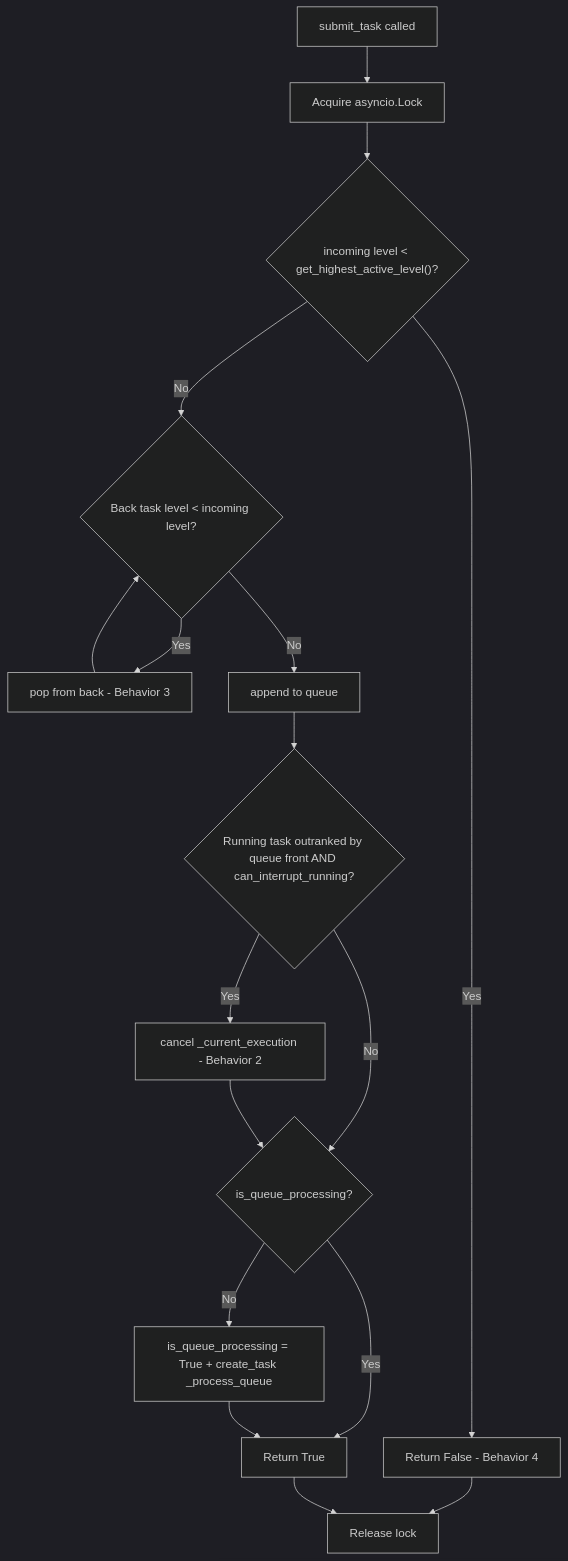
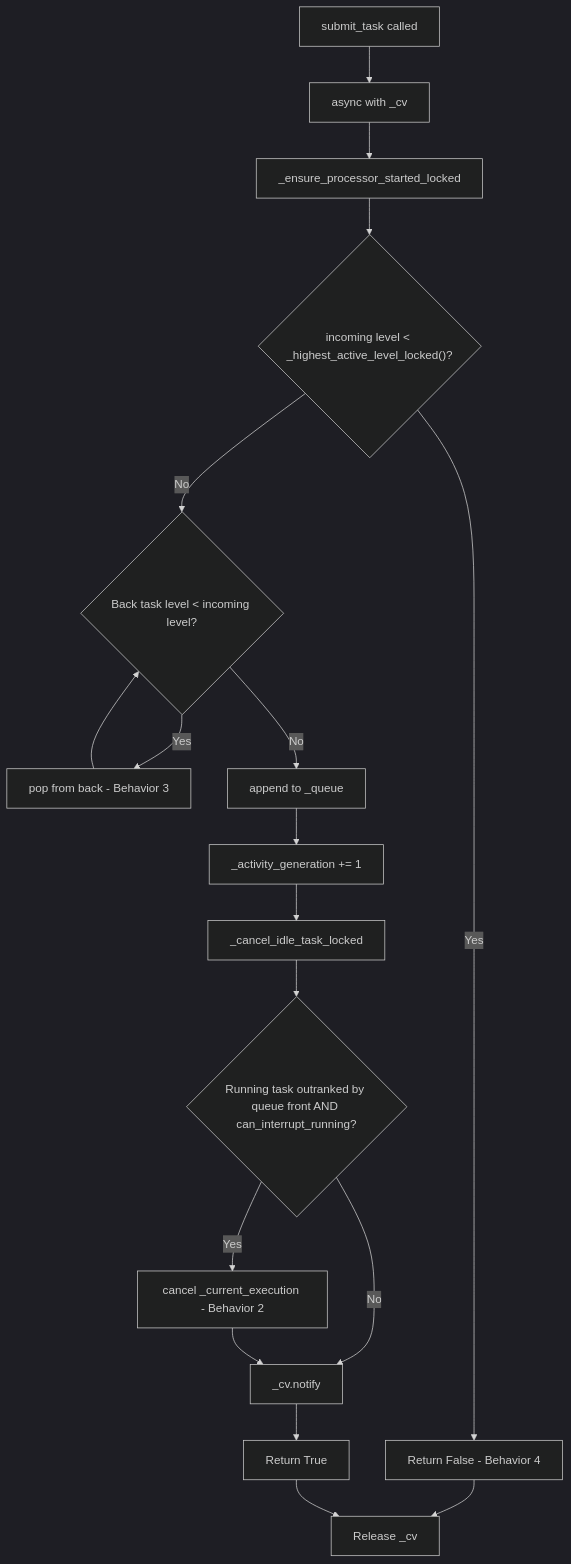
One commit to scoville/test_filter_queue changed the third of 9 diagrams in .cursor/plans/system_architecture_workflow_b2d79ca7.plan.md. Above: the diagram before and after it, drawn with Mermaid (dark theme). The commit also changed other lines of this file and 2 other files, not shown here.

````diff
--- a/.cursor/plans/system_architecture_workflow_b2d79ca7.plan.md
+++ b/.cursor/plans/system_architecture_workflow_b2d79ca7.plan.md
@@ -133,19 +164,20 @@
 ```mermaid
 flowchart TD
-    Start[submit_task called] --> Lock[Acquire asyncio.Lock]
-    Lock --> CheckActive{"incoming level < get_highest_active_level()?"}
+    Start[submit_task called] --> Lock[async with _cv]
+    Lock --> Ensure[_ensure_processor_started_locked]
+    Ensure --> CheckActive{"incoming level < _highest_active_level_locked()?"}
     CheckActive -->|Yes| Reject["Return False - Behavior 4"]
     CheckActive -->|No| EvictLoop{Back task level < incoming level?}
     EvictLoop -->|Yes| PopBack[pop from back - Behavior 3]
     PopBack --> EvictLoop
-    EvictLoop -->|No| Append[append to queue]
-    Append --> PreemptCheck{Running task outranked by queue front AND can_interrupt_running?}
+    EvictLoop -->|No| Append[append to _queue]
+    Append --> Gen[_activity_generation += 1]
+    Gen --> CancelIdle[_cancel_idle_task_locked]
+    CancelIdle --> PreemptCheck{Running task outranked by queue front AND can_interrupt_running?}
     PreemptCheck -->|Yes| Cancel[cancel _current_execution - Behavior 2]
-    PreemptCheck -->|No| Trigger
-    Cancel --> Trigger{is_queue_processing?}
-    Trigger -->|No| Spawn["is_queue_processing = True + create_task _process_queue"]
-    Trigger -->|Yes| Accept
-    Spawn --> Accept[Return True]
-    Reject --> Unlock[Release lock]
+    PreemptCheck -->|No| Notify
+    Cancel --> Notify[_cv.notify]
+    Notify --> Accept[Return True]
+    Reject --> Unlock[Release _cv]
     Accept --> Unlock
 ```
````
